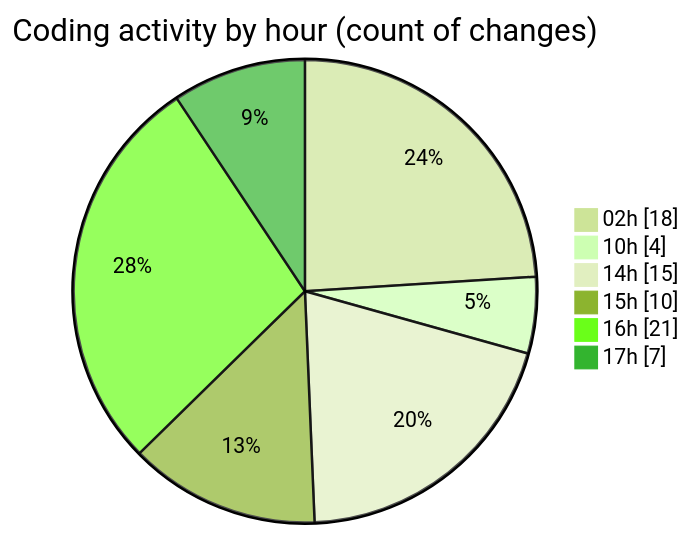
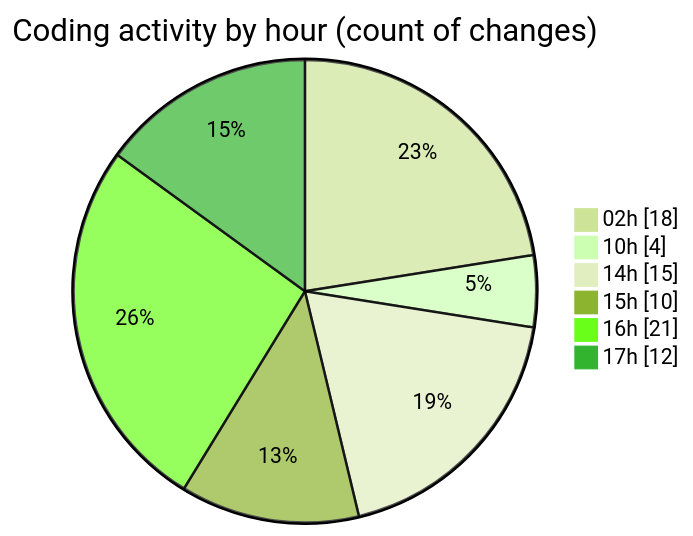
The second of 2 diagrams in 2025-10-15/eventscop-frontend-guide__workspace_/README.md (julien-gomy/code-tracking), drawn with Mermaid (forest theme) before and after one commit. The commit also changed other lines of this file and 1 other file, not shown here.

````diff
--- a/2025-10-15/eventscop-frontend-guide__workspace_/README.md
+++ b/2025-10-15/eventscop-frontend-guide__workspace_/README.md
@@ -50,10 +50,10 @@
 ```mermaid
 pie showData
 title Coding activity by hour (count of changes)
 "02h" : 18
 "10h" : 4
 "14h" : 15
 "15h" : 10
 "16h" : 21
-"17h" : 7
+"17h" : 12
 ```
````
